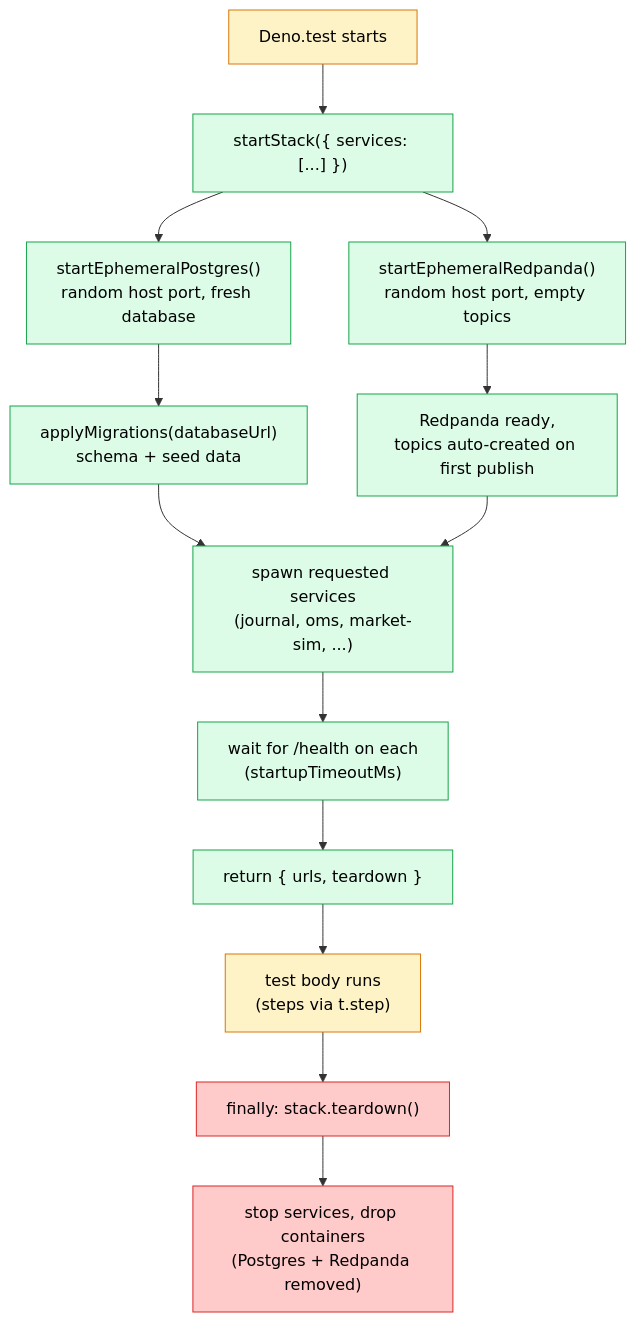
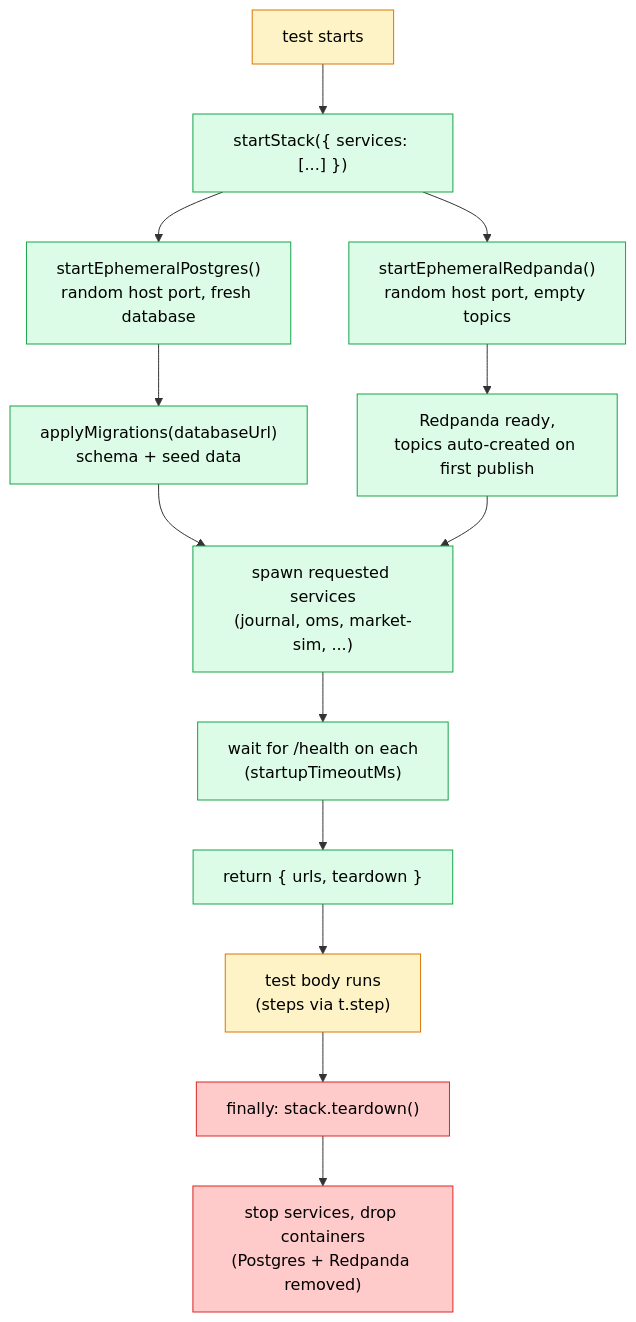
One commit to milesburton/veta-trading-platform changed the diagram in docs/site/src/content/docs/development/testing/testcontainers.md. Above: the diagram before and after it, drawn with Mermaid. The commit also changed other lines of this file and 435 other files, not shown here.

First line of the commit message:
feat(backend): migrate backend services from Deno to Node.js 24

````diff
--- a/docs/site/src/content/docs/development/testing/testcontainers.md
+++ b/docs/site/src/content/docs/development/testing/testcontainers.md
@@ -20,23 +20,23 @@
 ```mermaid
 graph TD
-    A["Deno.test starts"] --> B["startStack({ services: [...] })"]
+    A["test starts"] --> B["startStack({ services: [...] })"]
     B --> C["startEphemeralPostgres()<br/>random host port, fresh database"]
     B --> D["startEphemeralRedpanda()<br/>random host port, empty topics"]
     C --> E["applyMigrations(databaseUrl)<br/>schema + seed data"]
     D --> F["Redpanda ready,<br/>topics auto-created on first publish"]
     E --> G["spawn requested services<br/>(journal, oms, market-sim, ...)"]
     F --> G
     G --> H["wait for /health on each<br/>(startupTimeoutMs)"]
     H --> I["return { urls, teardown }"]
     I --> J["test body runs<br/>(steps via t.step)"]
     J --> K["finally: stack.teardown()"]
     K --> L["stop services, drop containers<br/>(Postgres + Redpanda removed)"]
 
     classDef infra fill:#dcfce7,stroke:#16a34a,color:#000
     classDef test fill:#fef3c7,stroke:#d97706,color:#000
     classDef teardown fill:#fecaca,stroke:#dc2626,color:#000
 
     class B,C,D,E,F,G,H,I infra
     class A,J test
     class K,L teardown
 ```
````
